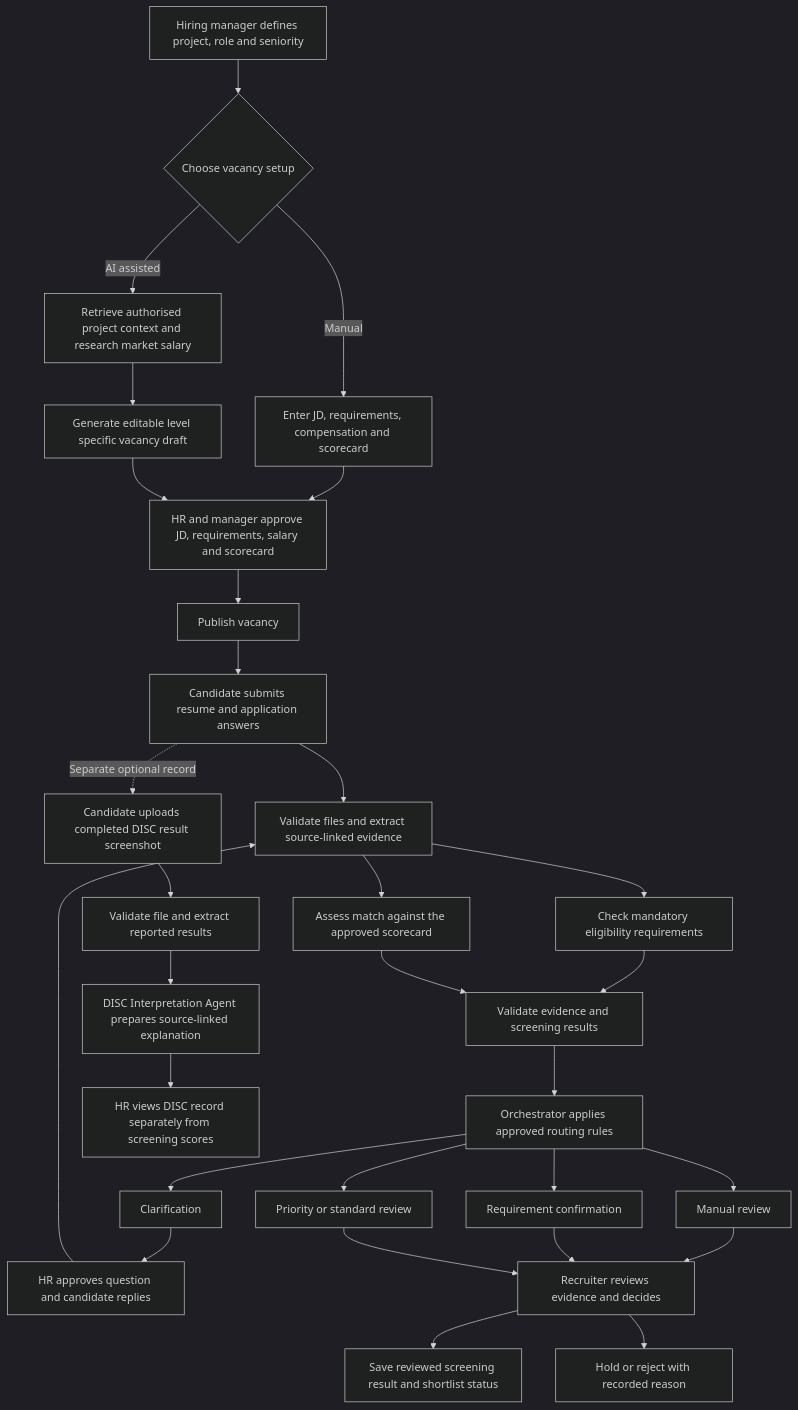
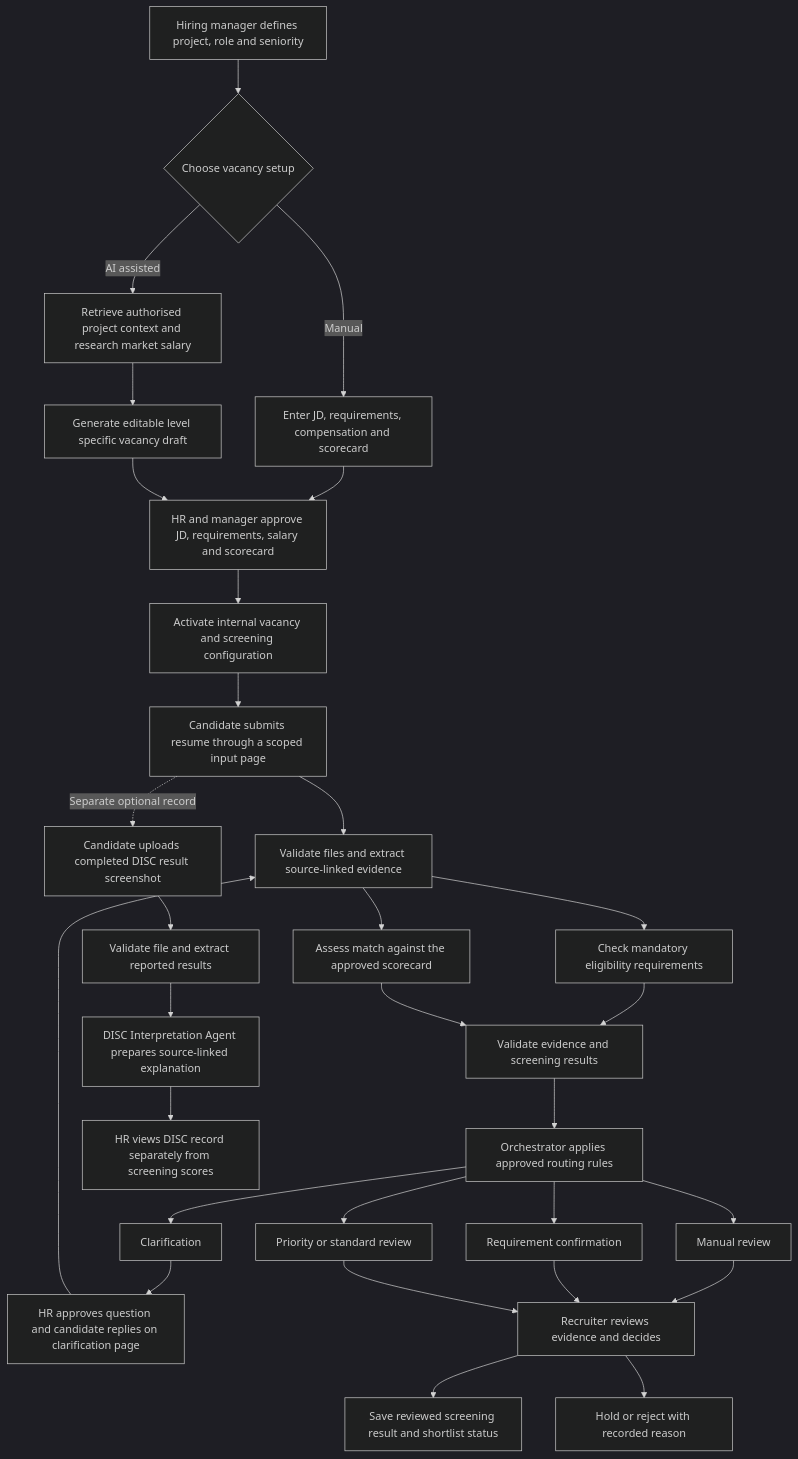
One commit to jeffrey040209/WeHire changed the diagram in README.md. Above: the diagram before and after it, drawn with Mermaid (dark theme). The commit also changed other lines of this file and 33 other files, not shown here.

````diff
--- a/README.md
+++ b/README.md
@@ -26,32 +133,32 @@
 ```mermaid
 flowchart TD
     A[Hiring manager defines project, role and seniority] --> B{Choose vacancy setup}
     B -->|Manual| B0[Enter JD, requirements, compensation and scorecard]
     B -->|AI assisted| A1[Retrieve authorised project context and research market salary]
     A1 --> B1[Generate editable level specific vacancy draft]
     B0 --> C[HR and manager approve JD, requirements, salary and scorecard]
     B1 --> C
-    C --> D[Publish vacancy]
-    D --> E[Candidate submits resume and application answers]
+    C --> D[Activate internal vacancy and screening configuration]
+    D --> E[Candidate submits resume through a scoped input page]
     E --> F[Validate files and extract source-linked evidence]
     F --> G[Check mandatory eligibility requirements]
     F --> H[Assess match against the approved scorecard]
     G --> I[Validate evidence and screening results]
     H --> I
     I --> J[Orchestrator applies approved routing rules]
     J --> K[Manual review]
     J --> L[Clarification]
     J --> M[Requirement confirmation]
     J --> N[Priority or standard review]
-    L --> O[HR approves question and candidate replies]
+    L --> O[HR approves question and candidate replies on clarification page]
     O --> F
     K --> P[Recruiter reviews evidence and decides]
     M --> P
     N --> P
     P --> Q[Save reviewed screening result and shortlist status]
     P --> R[Hold or reject with recorded reason]
     E -. Separate optional record .-> W[Candidate uploads completed DISC result screenshot]
     W --> X[Validate file and extract reported results]
     X --> Y[DISC Interpretation Agent prepares source-linked explanation]
     Y --> Z[HR views DISC record separately from screening scores]
 ```
````
